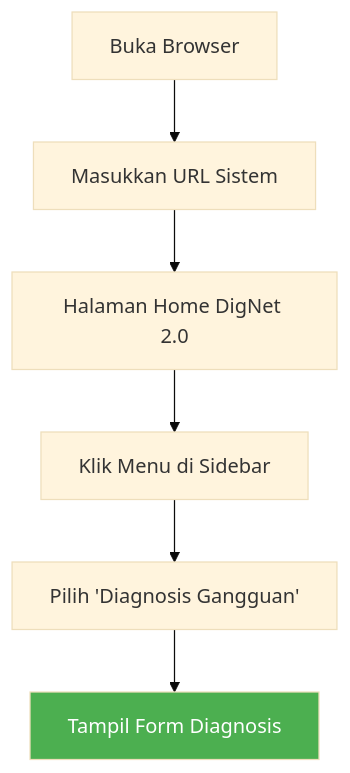
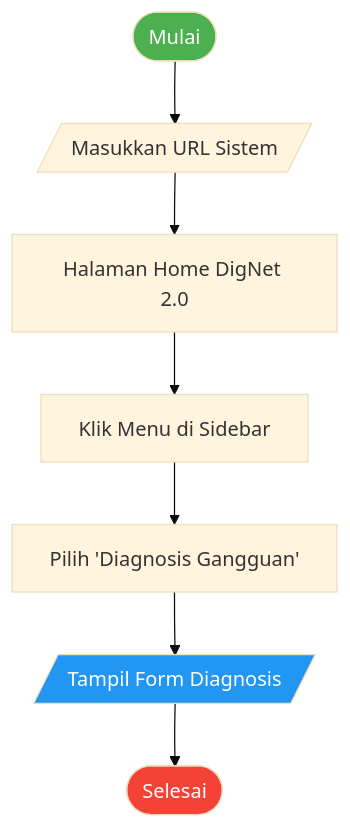
The third of 11 diagrams in docs/USER_MANUAL.md (GalangPutraMaulana19/DigNet-BUG), drawn with Mermaid (base theme) before and after one commit. The commit also changed other lines of this file, not shown here.

Commit message:
Fix flowchart symbols to use standard shapes (parallelogram for I/O, stadium for terminator, etc.)

````diff
--- a/docs/USER_MANUAL.md
+++ b/docs/USER_MANUAL.md
@@ -127,10 +137,13 @@
 ```mermaid
 flowchart TD
-    Open[Buka Browser] --> URL[Masukkan URL Sistem]
+    Open([Mulai]) --> URL[/Masukkan URL Sistem/]
     URL --> Load[Halaman Home DigNet 2.0]
     Load --> Sidebar[Klik Menu di Sidebar]
     Sidebar --> Diagnosa[Pilih 'Diagnosis Gangguan']
-    Diagnosa --> Form[Tampil Form Diagnosis]
+    Diagnosa --> Form[/Tampil Form Diagnosis/]
+    Form --> Done([Selesai])
     
-    style Form fill:#4caf50,color:#fff
+    style Open fill:#4caf50,color:#fff
+    style Done fill:#f44336,color:#fff
+    style Form fill:#2196f3,color:#fff
 ```
````
